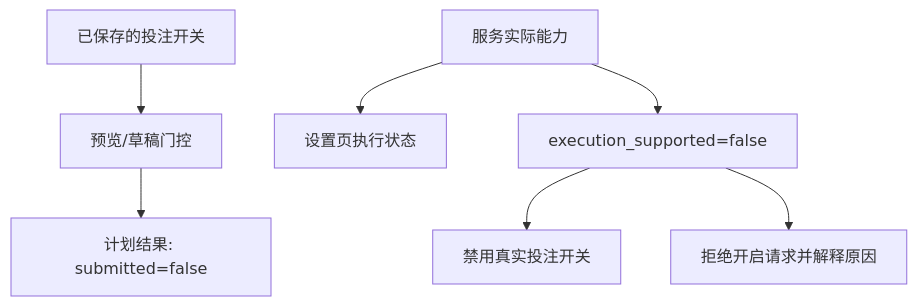
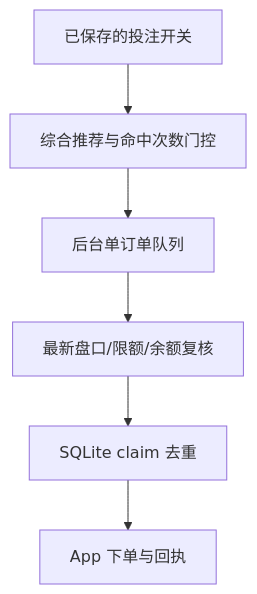
One commit to 1420970597/ai_football changed the second of 2 diagrams in docs/architecture/leyu-betting-adapter.md. Above: the diagram before and after it, drawn with Mermaid. The commit also changed other lines of this file and 15 other files, not shown here.

````diff
--- a/docs/architecture/leyu-betting-adapter.md
+++ b/docs/architecture/leyu-betting-adapter.md
@@ -42,9 +45,8 @@
 ```mermaid
 flowchart TD
-    S[已保存的投注开关] --> P[预览/草稿门控]
-    P --> R[计划结果: submitted=false]
-    C[服务实际能力] --> U[设置页执行状态]
-    C --> N[execution_supported=false]
-    N --> D[禁用真实投注开关]
-    N --> E[拒绝开启请求并解释原因]
+    S[已保存的投注开关] --> P[综合推荐与命中次数门控]
+    P --> R[后台单订单队列]
+    R --> C[最新盘口/限额/余额复核]
+    C --> D[SQLite claim 去重]
+    D --> E[App 下单与回执]
 ```
````
